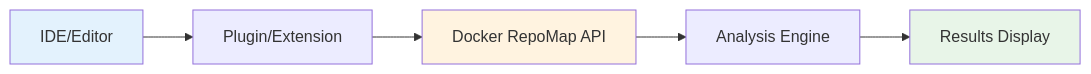
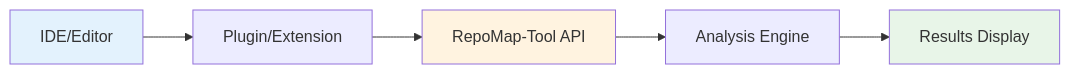
Before and after one commit to xynova/repomap-tool: diagram 11 of 13 in docs/architecture/ARCHITECTURE_DIAGRAM.md, drawn with Mermaid. The commit also changed other lines of this file and 60 other files, not shown here.

````diff
--- a/docs/architecture/ARCHITECTURE_DIAGRAM.md
+++ b/docs/architecture/ARCHITECTURE_DIAGRAM.md
@@ -327,11 +327,11 @@
 ```mermaid
 graph LR
     A[IDE/Editor] --> B[Plugin/Extension]
-    B --> C[Docker RepoMap API]
+    B --> C[RepoMap-Tool API]
     C --> D[Analysis Engine]
     D --> E[Results Display]
     
     style A fill:#e3f2fd
     style C fill:#fff3e0
     style E fill:#e8f5e8
 ```
````
